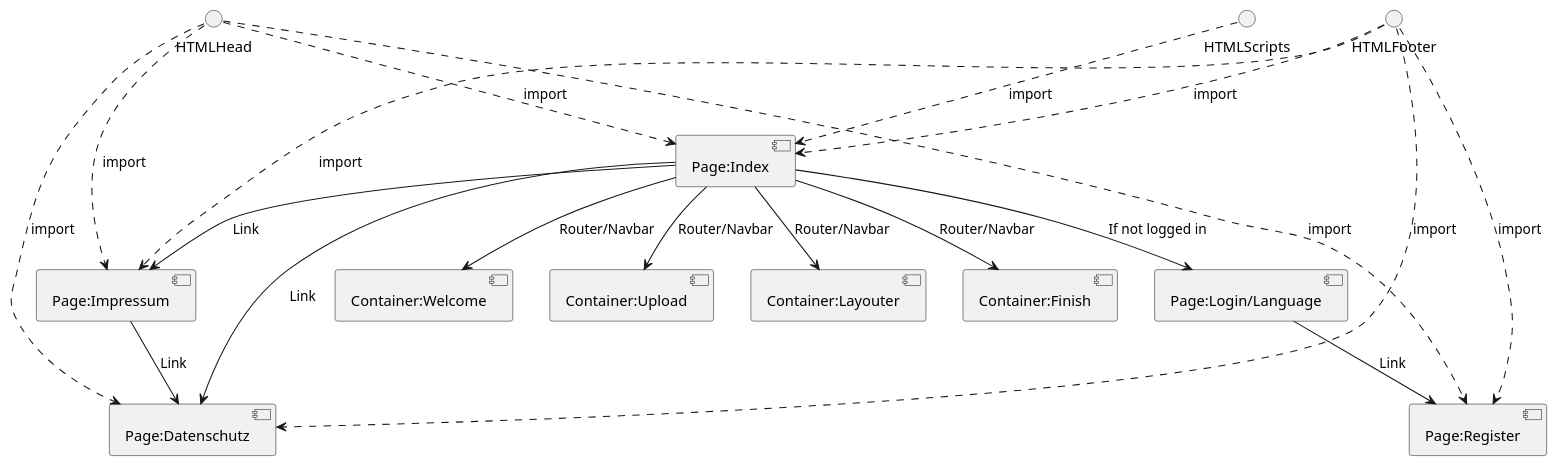
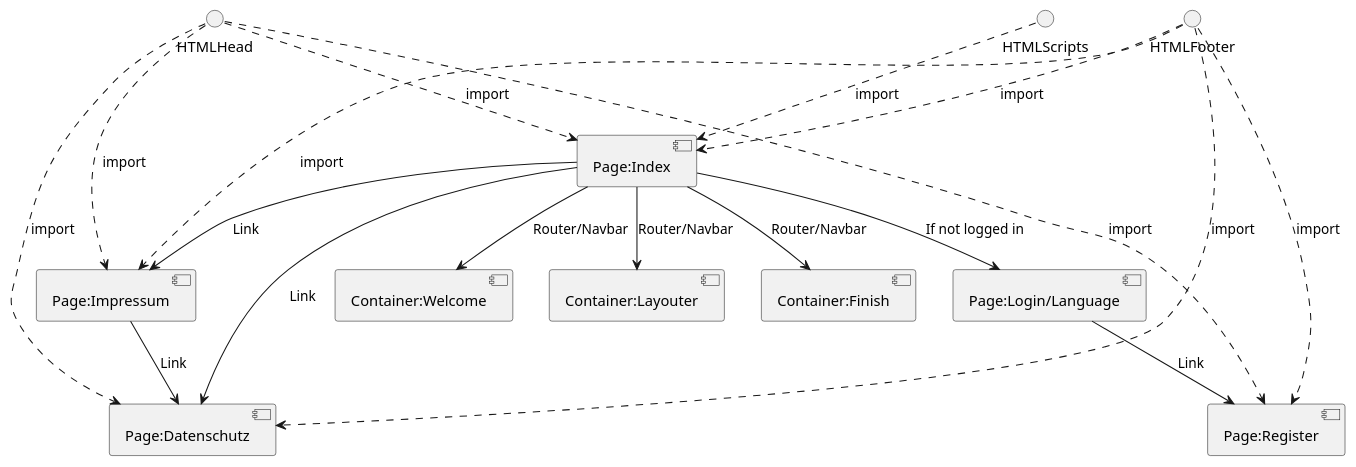
The diagram in docs/structure.puml (WebDaD/Resilienz), drawn with PlantUML before and after one commit. The commit also changed 2 other files, not shown here.

```diff
--- a/docs/structure.puml
+++ b/docs/structure.puml
@@ -1,29 +1,28 @@
 @startuml
 
 HTMLHead ..> [Page:Index] : import
 HTMLScripts ..> [Page:Index] : import
 HTMLFooter ..> [Page:Index] : import
 
 HTMLHead  ..> [Page:Impressum] : import
 HTMLFooter ..> [Page:Impressum] : import
 
 HTMLHead  ..> [Page:Datenschutz] : import
 HTMLFooter ..> [Page:Datenschutz] : import
 
 HTMLHead ..> [Page:Register] : import
 HTMLFooter ..> [Page:Register] : import
 
 [Page:Index] --> [Page:Impressum] : Link
 [Page:Index] --> [Page:Datenschutz] : Link
 [Page:Impressum] --> [Page:Datenschutz] : Link
 
 [Page:Index] --> [Page:Login/Language] : If not logged in
 [Page:Login/Language] --> [Page:Register] : Link
 
 [Page:Index] --> [Container:Welcome] : Router/Navbar
-[Page:Index] --> [Container:Upload] : Router/Navbar
 [Page:Index] --> [Container:Layouter] : Router/Navbar
 [Page:Index] --> [Container:Finish] : Router/Navbar
 
 
 @enduml
```
